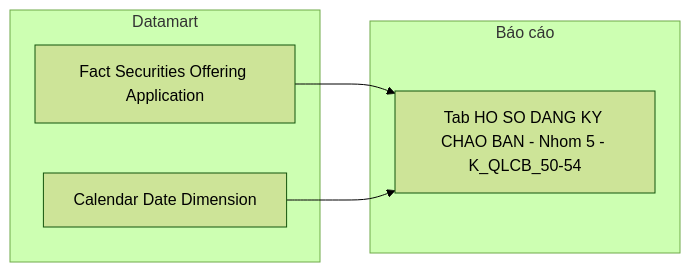
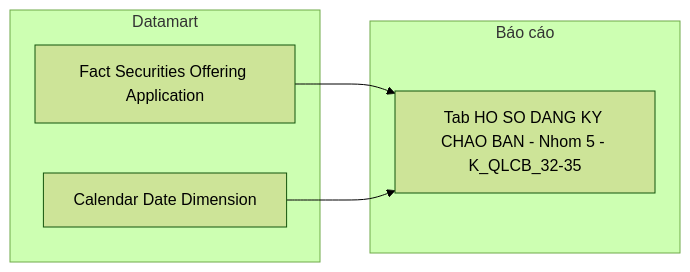
Diagram 15 of 22 in Datamart/hld/DTM_QLCB_HLD.md (linhlvit/ubck_atomic_design), drawn with Mermaid (forest theme) before and after one commit. The commit also changed other lines of this file and 17 other files, not shown here.

````diff
--- a/Datamart/hld/DTM_QLCB_HLD.md
+++ b/Datamart/hld/DTM_QLCB_HLD.md
@@ -649,12 +756,12 @@
 ```mermaid
 flowchart LR
     subgraph Datamart["Datamart"]
         G1["Fact Securities Offering Application"]
         G2["Calendar Date Dimension"]
     end
     subgraph RPT["Báo cáo"]
-        R5["Tab HO SO DANG KY CHAO BAN - Nhom 5 - K_QLCB_50-54"]
+        R5["Tab HO SO DANG KY CHAO BAN - Nhom 5 - K_QLCB_32-35"]
     end
     G1 --> R5
     G2 --> R5
 ```
````
